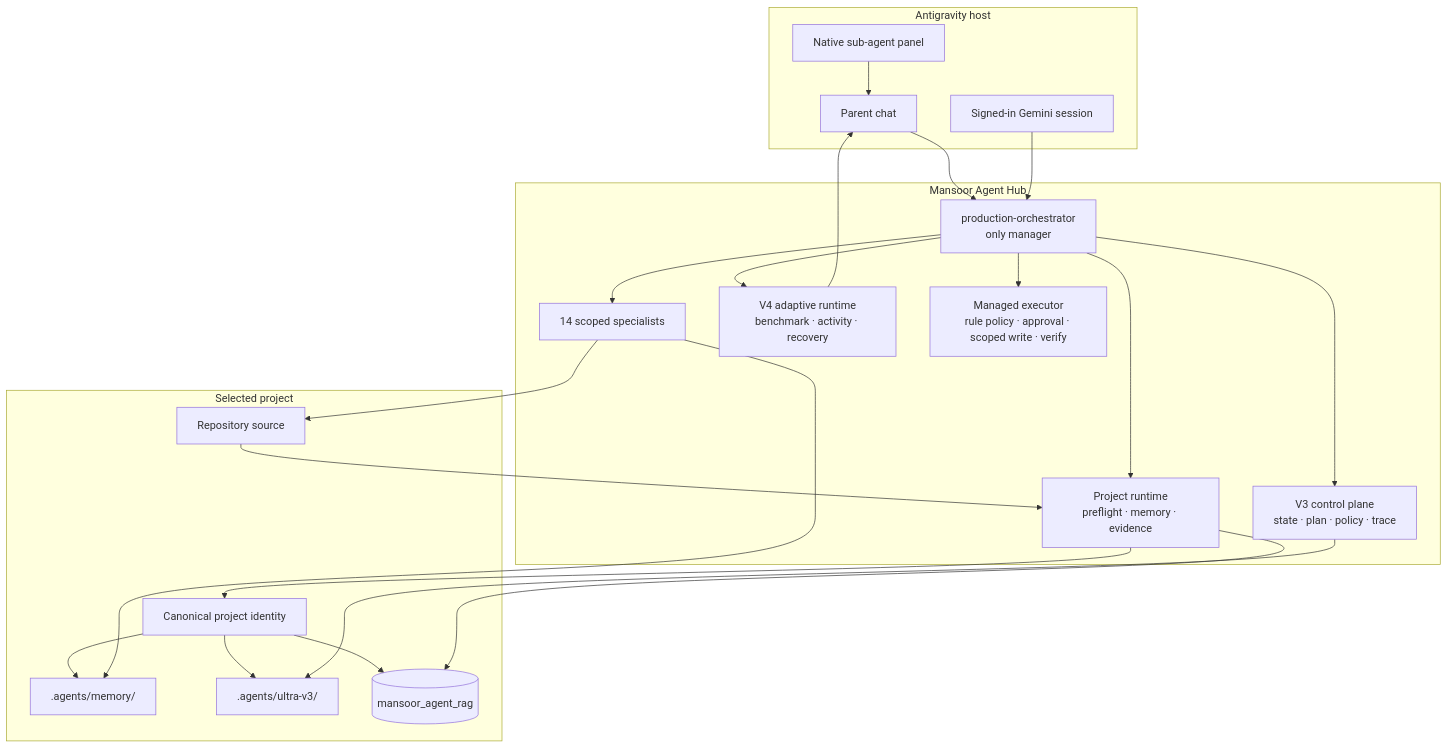
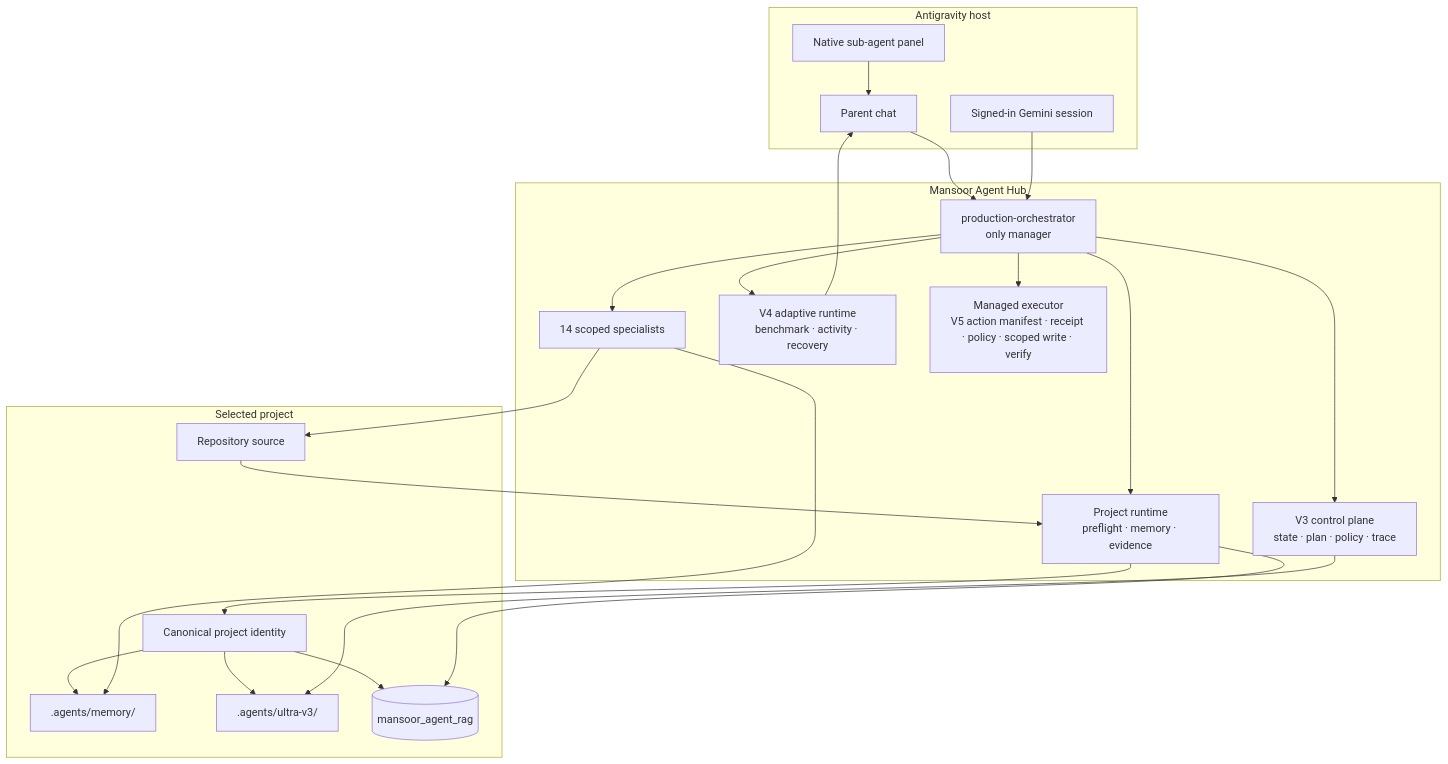
Before and after one commit to mansoor-farooq/my_ai_agent: the first of 2 diagrams in docs/architecture.md, drawn with Mermaid. The commit also changed other lines of this file and 47 other files, not shown here.

````diff
--- a/docs/architecture.md
+++ b/docs/architecture.md
@@ -7,44 +7,44 @@
 ```mermaid
 flowchart TB
     subgraph Host[Antigravity host]
         Chat[Parent chat]
         Panel[Native sub-agent panel]
         Gemini[Signed-in Gemini session]
     end
 
     subgraph Hub[Mansoor Agent Hub]
         Manager[production-orchestrator\nonly manager]
         Specialists[14 scoped specialists]
         V2[Project runtime\npreflight · memory · evidence]
         V3[V3 control plane\nstate · plan · policy · trace]
         V4[V4 adaptive runtime\nbenchmark · activity · recovery]
-        Managed[Managed executor\nrule policy · approval · scoped write · verify]
+        Managed[Managed executor\nV5 action manifest · receipt · policy · scoped write · verify]
     end
 
     subgraph Project[Selected project]
         Identity[Canonical project identity]
         Memory[.agents/memory/]
         State[.agents/ultra-v3/]
         RAG[(mansoor_agent_rag)]
         Source[Repository source]
     end
 
     Chat --> Manager
     Panel --> Chat
     Gemini --> Manager
     Manager --> Specialists
     Manager --> V2
     Manager --> V3
     Manager --> V4
     Manager --> Managed
     V2 --> Identity
     Identity --> Memory
     Identity --> State
     Identity --> RAG
     Source --> V2
     Specialists --> Source
     Specialists --> Memory
     V3 --> State
     V4 --> Chat
     V2 --> RAG
 ```
````
